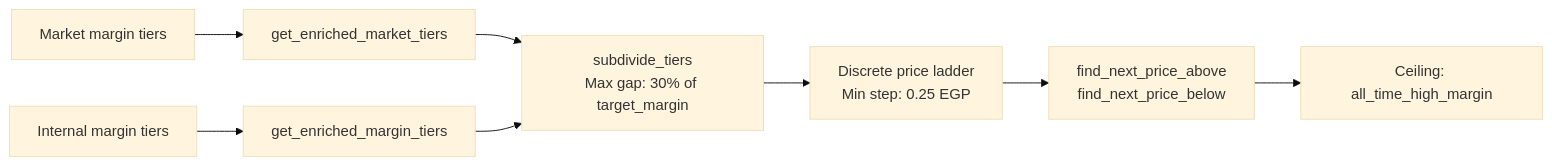
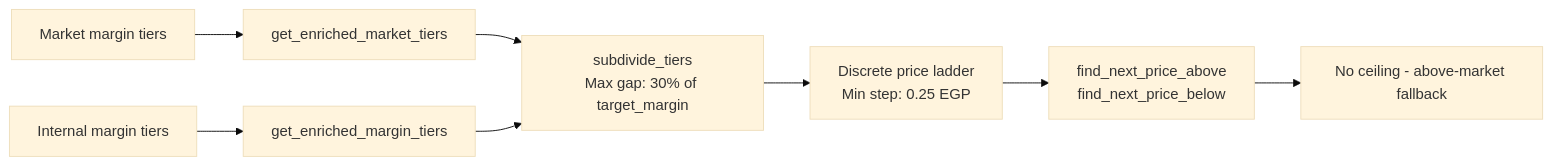
The third of 3 diagrams in docs/module_2_initial_price_push.md (Maxab-Growth/Mustafa), drawn with Mermaid (base theme) before and after one commit. The commit also changed other lines of this file and 11 other files, not shown here.

````diff
--- a/docs/module_2_initial_price_push.md
+++ b/docs/module_2_initial_price_push.md
@@ -96,10 +96,10 @@
 ```mermaid
 flowchart LR
     A[Market margin tiers] --> B[get_enriched_market_tiers]
     C[Internal margin tiers] --> D[get_enriched_margin_tiers]
     B --> E[subdivide_tiers\nMax gap: 30% of target_margin]
     D --> E
     E --> F[Discrete price ladder\nMin step: 0.25 EGP]
     F --> G[find_next_price_above\nfind_next_price_below]
-    G --> H[Ceiling: all_time_high_margin]
+    G --> H[No ceiling - above-market fallback]
 ```
````
